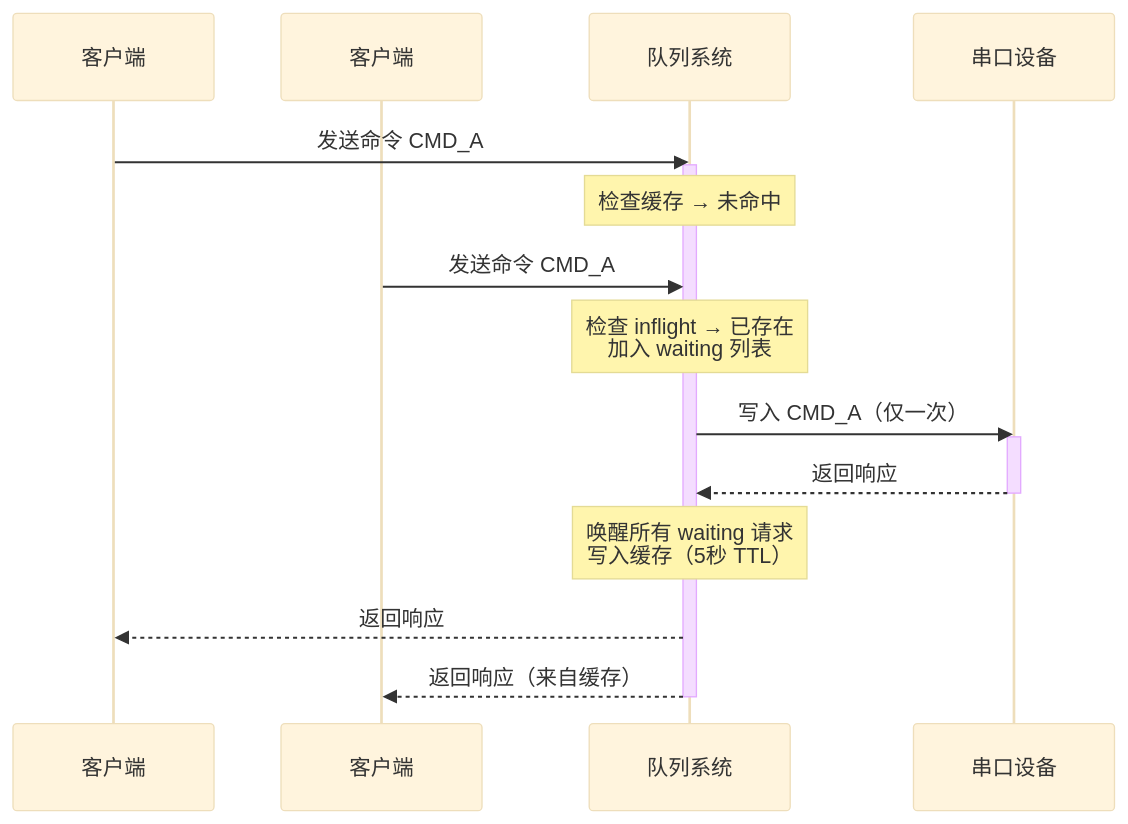
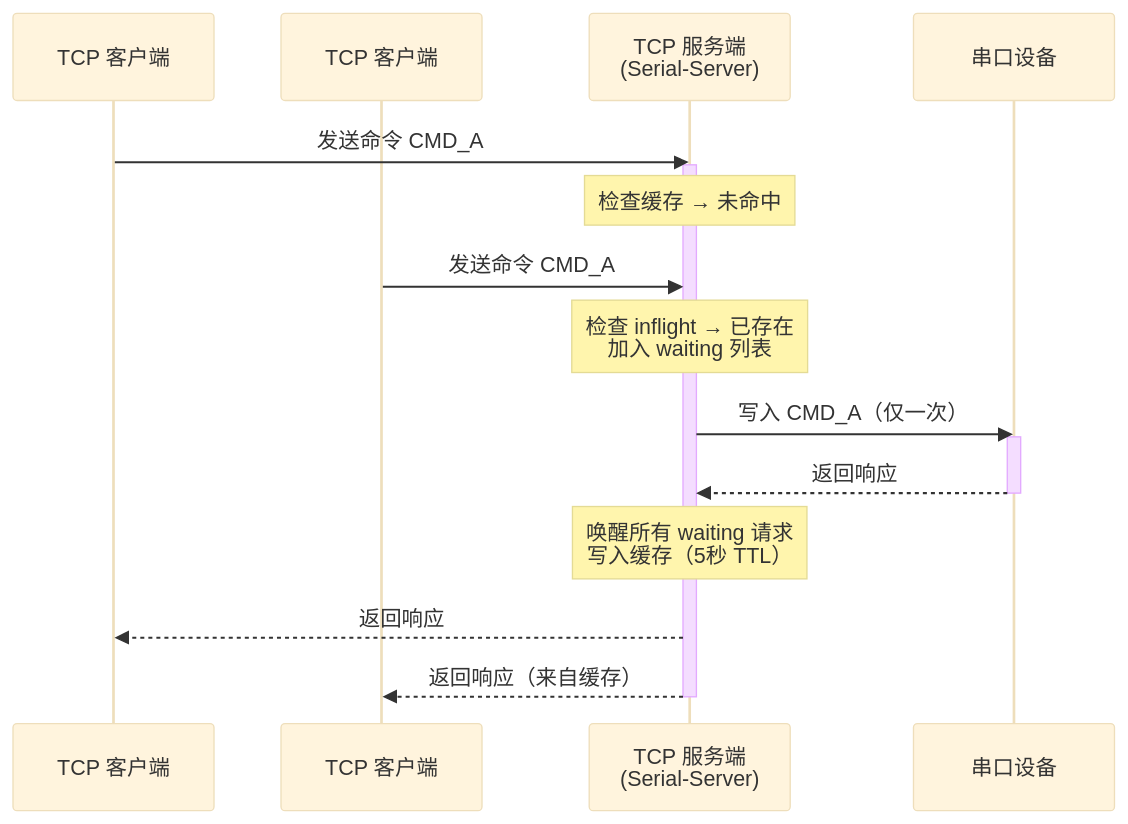
One commit to whysmx/serial-server changed the second of 2 diagrams in README.md. Above: the diagram before and after it, drawn with Mermaid (base theme). The commit also changed other lines of this file, not shown here.

Commit message:
docs: 明确标注流程图中的 TCP 客户端和服务端
- 架构图：添加 TCP 客户端和 TCP 服务端（Serial-Server）标注
- 序列图：明确标注 TCP 客户端、TCP 服务端、串口设备角色
- 清晰展示客户端-服务端架构模型

🤖 Generated with [Claude Code](https://claude.com/claude-code)

````diff
--- a/README.md
+++ b/README.md
@@ -55,25 +58,25 @@
 ```mermaid
 sequenceDiagram
-    participant C1 as 客户端 #1
-    participant C2 as 客户端 #2
-    participant Q as 队列系统
-    participant S as 串口设备
+    participant C1 as TCP 客户端 #1
+    participant C2 as TCP 客户端 #2
+    participant S as TCP 服务端<br/>(Serial-Server)
+    participant D as 串口设备
 
-    C1->>Q: 发送命令 CMD_A
-    activate Q
-    Note over Q: 检查缓存 → 未命中
+    C1->>S: 发送命令 CMD_A
+    activate S
+    Note over S: 检查缓存 → 未命中
 
-    C2->>Q: 发送命令 CMD_A
-    Note over Q: 检查 inflight → 已存在<br/>加入 waiting 列表
+    C2->>S: 发送命令 CMD_A
+    Note over S: 检查 inflight → 已存在<br/>加入 waiting 列表
 
-    Q->>S: 写入 CMD_A（仅一次）
-    activate S
-    S-->>Q: 返回响应
+    S->>D: 写入 CMD_A（仅一次）
+    activate D
+    D-->>S: 返回响应
+    deactivate D
+
+    Note over S: 唤醒所有 waiting 请求<br/>写入缓存（5秒 TTL）
+
+    S-->>C1: 返回响应
+    S-->>C2: 返回响应（来自缓存）
     deactivate S
-
-    Note over Q: 唤醒所有 waiting 请求<br/>写入缓存（5秒 TTL）
-
-    Q-->>C1: 返回响应
-    Q-->>C2: 返回响应（来自缓存）
-    deactivate Q
 ```
````
